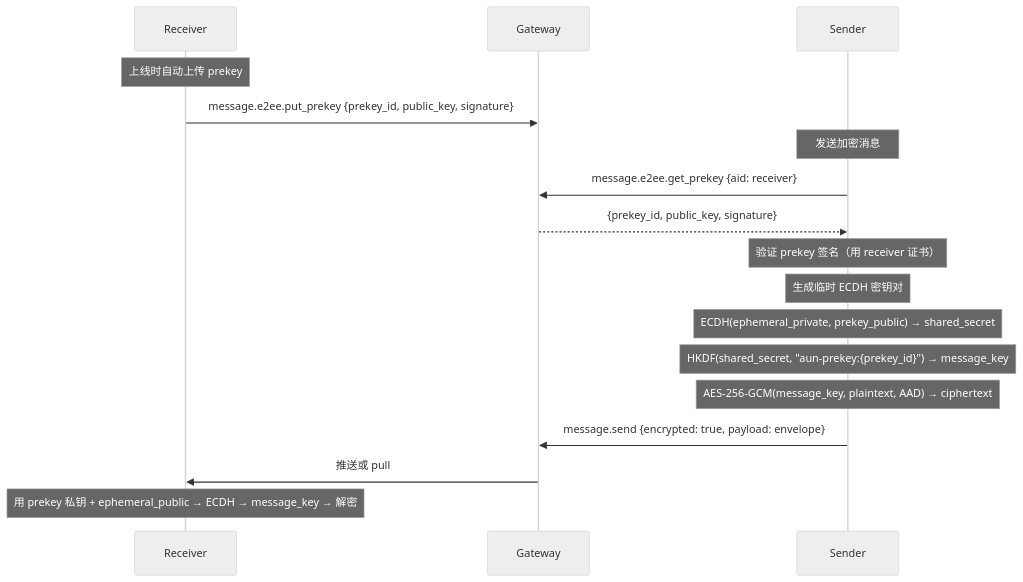
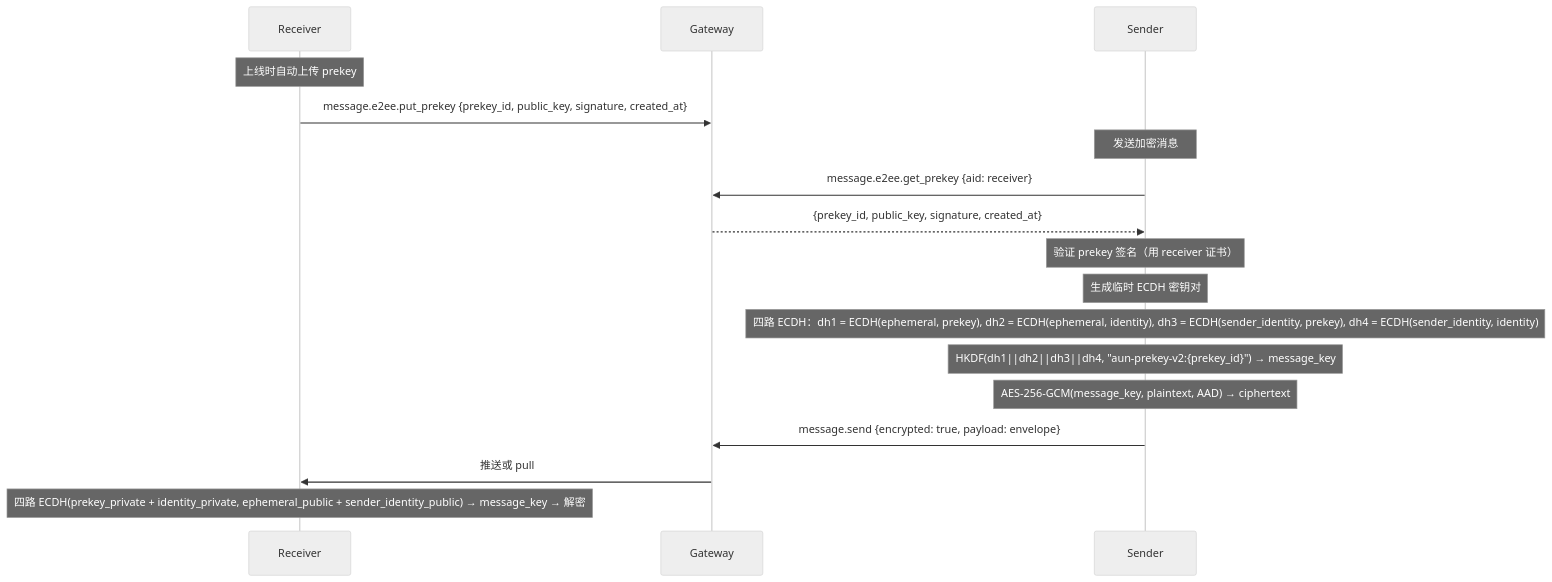
One commit to ModelUnion/aun-sdk-core changed the first of 2 diagrams in python/src/aun_core/docs/protocol/附录L-E2EE实现指南.md. Above: the diagram before and after it, drawn with Mermaid (neutral theme). The commit also changed other lines of this file and 57 other files, not shown here.

````diff
--- a/python/src/aun_core/docs/protocol/附录L-E2EE实现指南.md
+++ b/python/src/aun_core/docs/protocol/附录L-E2EE实现指南.md
@@ -48,24 +51,24 @@
 ```mermaid
 sequenceDiagram
     participant Receiver
     participant Gateway
     participant Sender
 
     Note over Receiver: 上线时自动上传 prekey
-    Receiver->>Gateway: message.e2ee.put_prekey {prekey_id, public_key, signature}
+    Receiver->>Gateway: message.e2ee.put_prekey {prekey_id, public_key, signature, created_at}
 
     Note over Sender: 发送加密消息
     Sender->>Gateway: message.e2ee.get_prekey {aid: receiver}
-    Gateway-->>Sender: {prekey_id, public_key, signature}
+    Gateway-->>Sender: {prekey_id, public_key, signature, created_at}
 
     Note over Sender: 验证 prekey 签名（用 receiver 证书）
     Note over Sender: 生成临时 ECDH 密钥对
-    Note over Sender: ECDH(ephemeral_private, prekey_public) → shared_secret
-    Note over Sender: HKDF(shared_secret, "aun-prekey:{prekey_id}") → message_key
+    Note over Sender: 四路 ECDH：dh1 = ECDH(ephemeral, prekey), dh2 = ECDH(ephemeral, identity), dh3 = ECDH(sender_identity, prekey), dh4 = ECDH(sender_identity, identity)
+    Note over Sender: HKDF(dh1||dh2||dh3||dh4, "aun-prekey-v2:{prekey_id}") → message_key
     Note over Sender: AES-256-GCM(message_key, plaintext, AAD) → ciphertext
 
     Sender->>Gateway: message.send {encrypted: true, payload: envelope}
     Gateway->>Receiver: 推送或 pull
 
-    Note over Receiver: 用 prekey 私钥 + ephemeral_public → ECDH → message_key → 解密
+    Note over Receiver: 四路 ECDH(prekey_private + identity_private, ephemeral_public + sender_identity_public) → message_key → 解密
 ```
````
